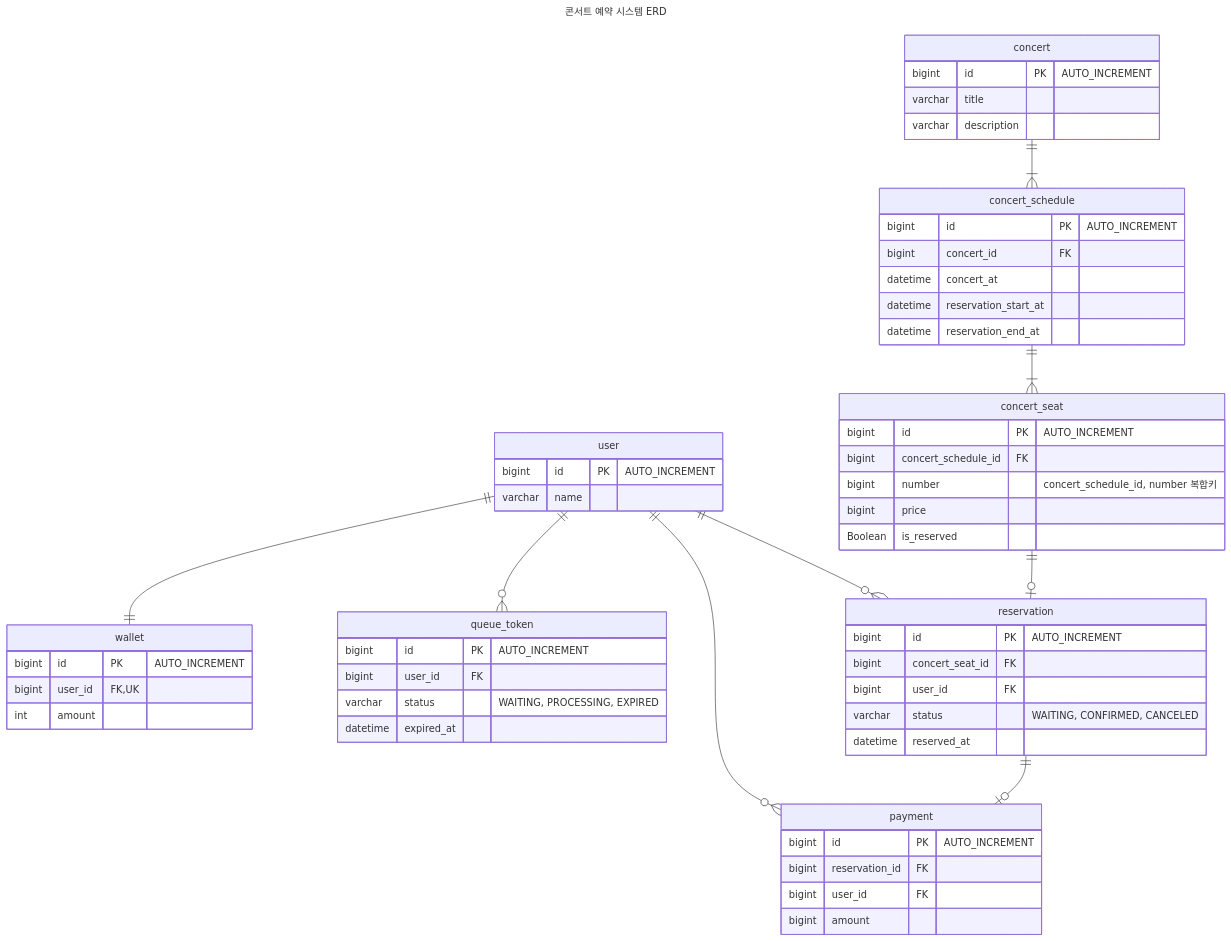
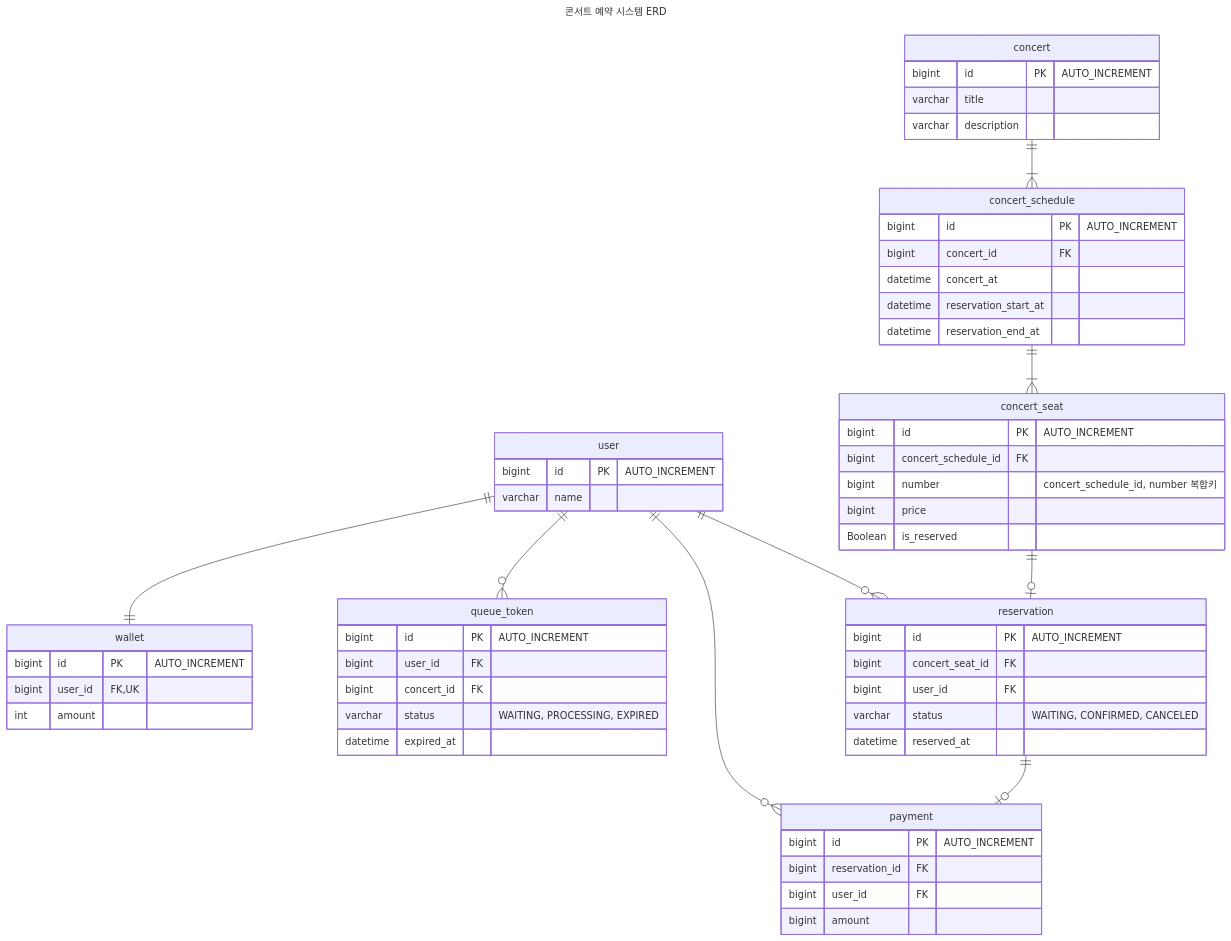
Before and after one commit to hhpb-code/hhplus-concert: the diagram in docs/ERD.md, drawn with Mermaid. The commit also changed 1 other file, not shown here.

Commit message:
docs: queueToken concertId 추가

````diff
--- a/docs/ERD.md
+++ b/docs/ERD.md
@@ -8,70 +8,71 @@
 ```mermaid
 ---
 title: "콘서트 예약 시스템 ERD"
 ---
 
 erDiagram
     user {
         bigint id PK "AUTO_INCREMENT"
         varchar name
     }
 
     wallet {
         bigint id PK "AUTO_INCREMENT"
         bigint user_id FK, UK
         int amount
     }
 
     queue_token {
         bigint id PK "AUTO_INCREMENT"
         bigint user_id FK
+        bigint concert_id FK
         varchar status "WAITING, PROCESSING, EXPIRED"
         datetime expired_at
     }
 
     concert {
         bigint id PK "AUTO_INCREMENT"
         varchar title
         varchar description
     }
 
     concert_schedule {
         bigint id PK "AUTO_INCREMENT"
         bigint concert_id FK
         datetime concert_at
         datetime reservation_start_at
         datetime reservation_end_at
     }
 
     concert_seat {
         bigint id PK "AUTO_INCREMENT"
         bigint concert_schedule_id FK
         bigint number "concert_schedule_id, number 복합키"
         bigint price
         Boolean is_reserved
     }
 
     reservation {
         bigint id PK "AUTO_INCREMENT"
         bigint concert_seat_id FK
         bigint user_id FK
         varchar status "WAITING, CONFIRMED, CANCELED"
         datetime reserved_at
     }
 
     payment {
         bigint id PK "AUTO_INCREMENT"
         bigint reservation_id FK
         bigint user_id FK
         bigint amount
     }
 
     user ||--o{ queue_token: ""
     user ||--|| wallet: ""
     concert ||--|{ concert_schedule: ""
     concert_schedule ||--|{ concert_seat: ""
     concert_seat ||--o| reservation: ""
     reservation ||--o| payment: ""
     user ||--o{ reservation: ""
     user ||--o{ payment: ""
 ```
````
